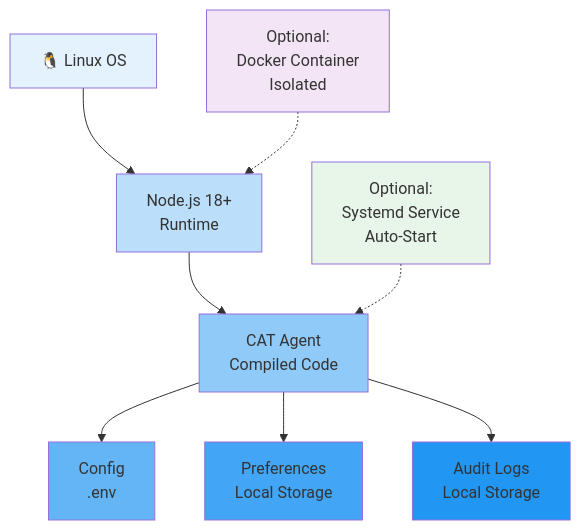
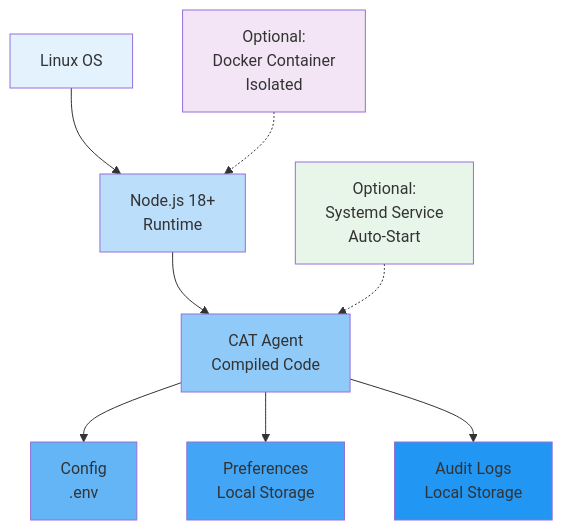
The sixth of 10 diagrams in ARCHITECTURE.md (fivepanelhat/CAT-mail), drawn with Mermaid before and after one commit. The commit also changed other lines of this file and 50 other files, not shown here.

````diff
--- a/ARCHITECTURE.md
+++ b/ARCHITECTURE.md
@@ -319,30 +319,30 @@
 ```mermaid
 graph TB
-    OS["🐧 Linux OS"]
-    Node["Node.js 18+<br/>Runtime"]
-    App["CAT Agent<br/>Compiled Code"]
-    Config["Config<br/>.env"]
-    Prefs["Preferences<br/>Local Storage"]
-    Logs["Audit Logs<br/>Local Storage"]
-    
-    OS --> Node
-    Node --> App
-    App --> Config
-    App --> Prefs
-    App --> Logs
-    
-    optSvc["Optional:<br/>Systemd Service<br/>Auto-Start"]
-    optSvc -.-> App
-    
-    optDocker["Optional:<br/>Docker Container<br/>Isolated"]
-    optDocker -.-> Node
-    
-    style OS fill:#e3f2fd
-    style Node fill:#bbdefb
-    style App fill:#90caf9
-    style Config fill:#64b5f6
-    style Prefs fill:#42a5f5
-    style Logs fill:#2196f3
-    style optSvc fill:#e8f5e9
-    style optDocker fill:#f3e5f5
+ OS[" Linux OS"]
+ Node["Node.js 18+<br/>Runtime"]
+ App["CAT Agent<br/>Compiled Code"]
+ Config["Config<br/>.env"]
+ Prefs["Preferences<br/>Local Storage"]
+ Logs["Audit Logs<br/>Local Storage"]
+ 
+ OS --> Node
+ Node --> App
+ App --> Config
+ App --> Prefs
+ App --> Logs
+ 
+ optSvc["Optional:<br/>Systemd Service<br/>Auto-Start"]
+ optSvc -.-> App
+ 
+ optDocker["Optional:<br/>Docker Container<br/>Isolated"]
+ optDocker -.-> Node
+ 
+ style OS fill:#e3f2fd
+ style Node fill:#bbdefb
+ style App fill:#90caf9
+ style Config fill:#64b5f6
+ style Prefs fill:#42a5f5
+ style Logs fill:#2196f3
+ style optSvc fill:#e8f5e9
+ style optDocker fill:#f3e5f5
 ```
````
